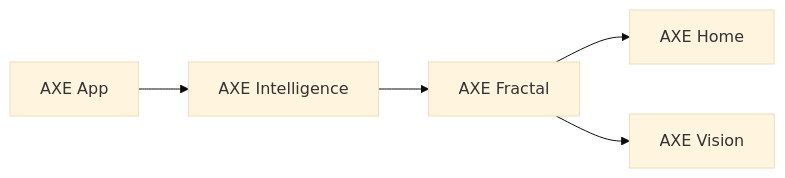
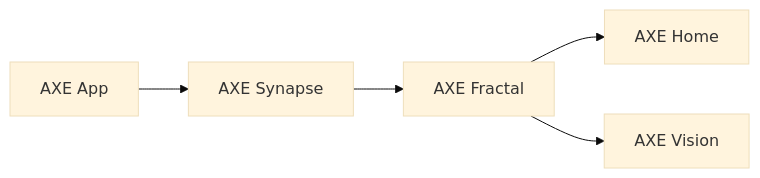
One commit to Morgan-Davila/AXE-Program changed the diagram in README.md. Above: the diagram before and after it, drawn with Mermaid (base theme). The commit also changed other lines of this file and 1 other file, not shown here.

Commit message:
docs: rename AXE Intelligence to AXE Synapse (IA)

````diff
--- a/README.md
+++ b/README.md
@@ -17,7 +17,7 @@
 ```mermaid
 flowchart LR
-    App[AXE App] --> Intel[AXE Intelligence]
-    Intel --> Fractal[AXE Fractal]
+    App[AXE App] --> Synapse[AXE Synapse]
+    Synapse --> Fractal[AXE Fractal]
     Fractal --> Home[AXE Home]
     Fractal --> Vision[AXE Vision]
 ```
````
